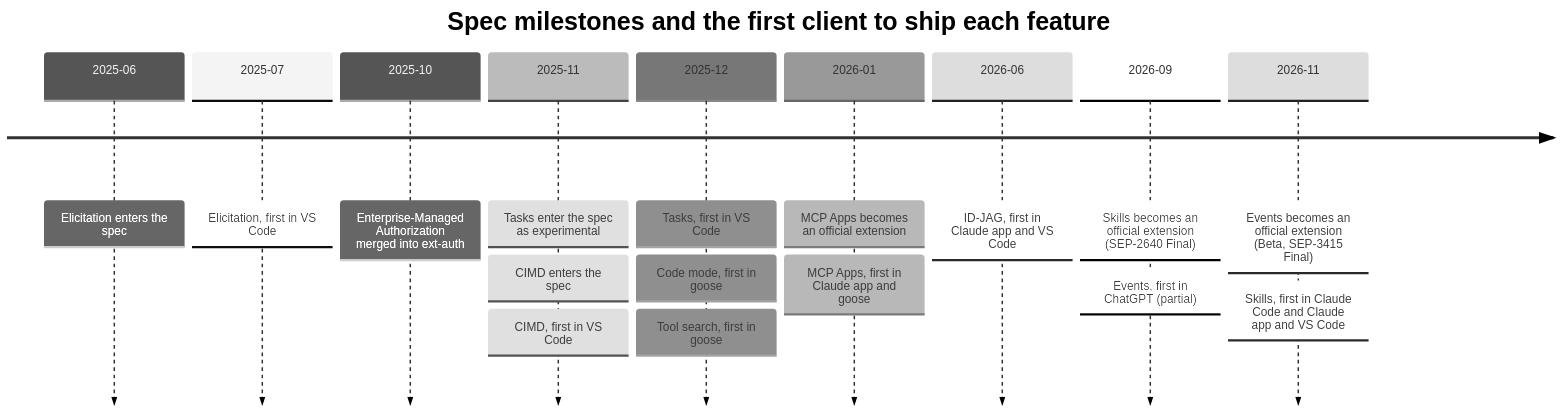
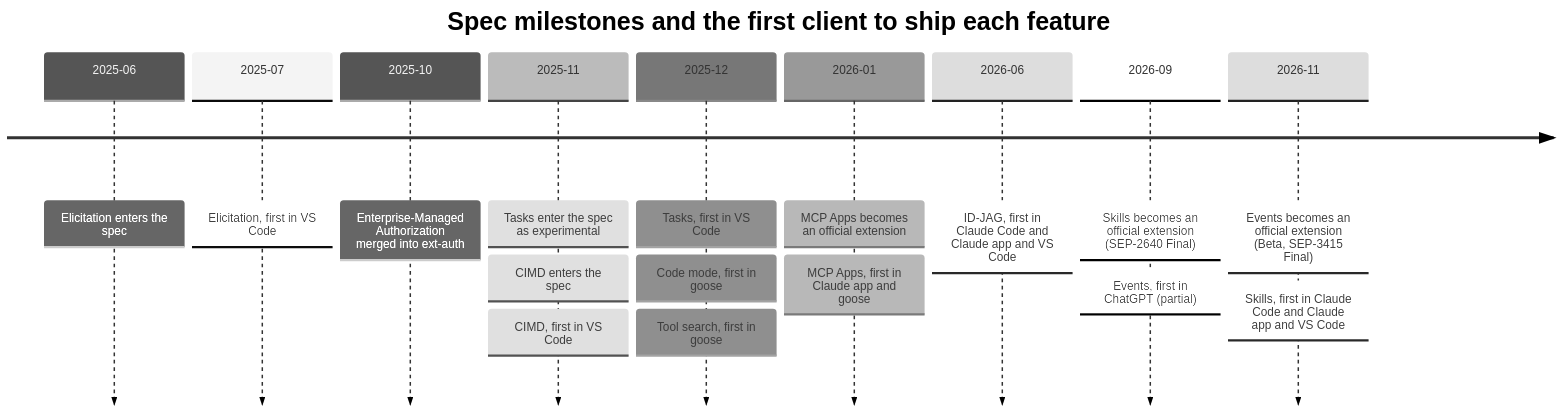
Before and after one commit to StackOneHQ/mcp-clients-scorecard: the first of 3 diagrams in README.md, drawn with Mermaid (neutral theme). The commit also changed other lines of this file and 68 other files, not shown here.

````diff
--- a/README.md
+++ b/README.md
@@ -245,13 +266,13 @@
 ```mermaid
 timeline
     title Spec milestones and the first client to ship each feature
     2025-06 : Elicitation enters the spec
     2025-07 : Elicitation, first in VS Code
     2025-10 : Enterprise-Managed Authorization merged into ext-auth
     2025-11 : Tasks enter the spec as experimental : CIMD enters the spec : CIMD, first in VS Code
     2025-12 : Tasks, first in VS Code : Code mode, first in goose : Tool search, first in goose
     2026-01 : MCP Apps becomes an official extension : MCP Apps, first in Claude app and goose
-    2026-06 : ID-JAG, first in Claude app and VS Code
+    2026-06 : ID-JAG, first in Claude Code and Claude app and VS Code
     2026-09 : Skills becomes an official extension (SEP-2640 Final) : Events, first in ChatGPT (partial)
     2026-11 : Events becomes an official extension (Beta, SEP-3415 Final) : Skills, first in Claude Code and Claude app and VS Code
 ```
````
